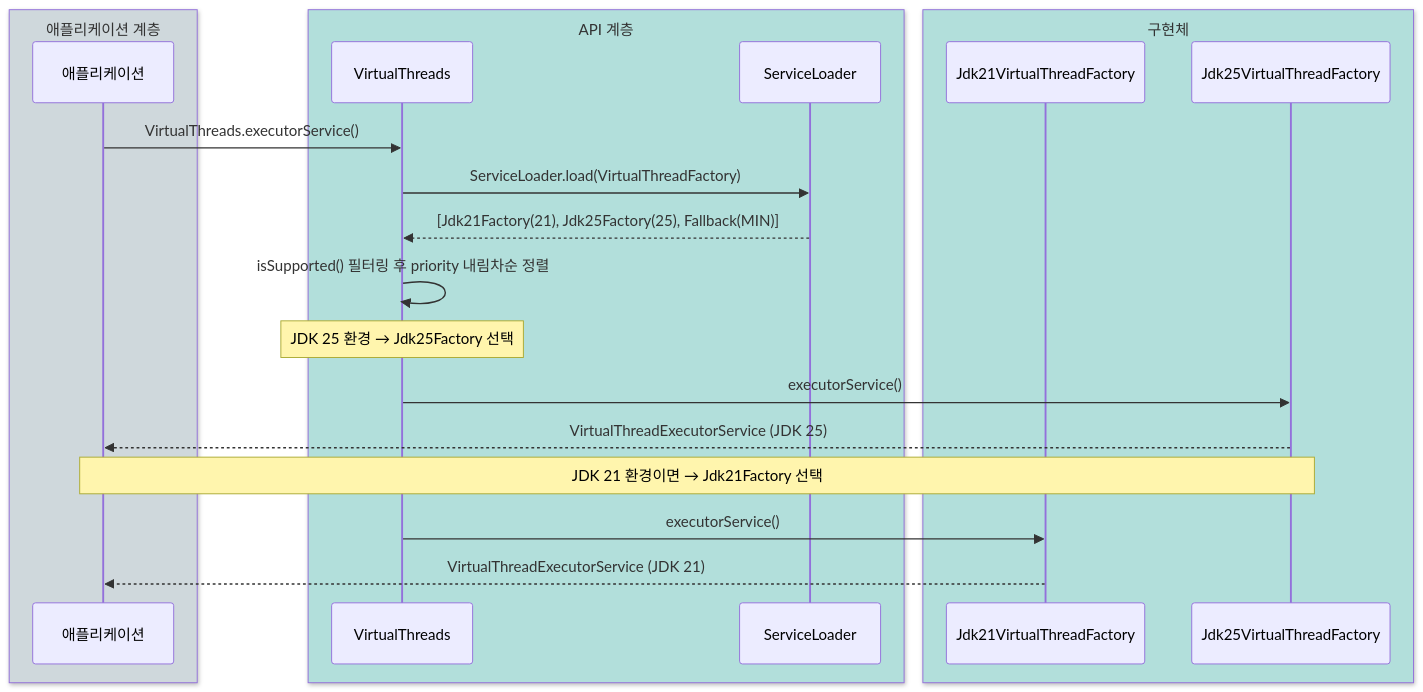
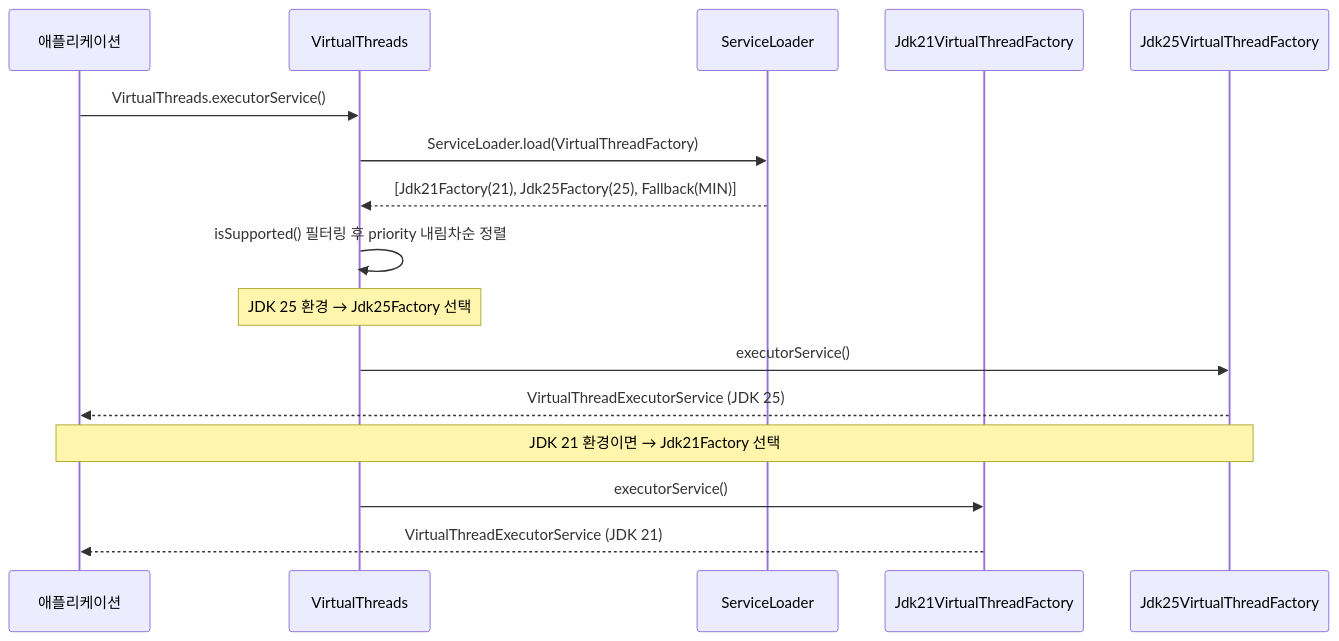
Before and after one commit to bluetape4k/bluetape4k-projects: the third of 3 diagrams in virtualthread/README.ko.md, drawn with Mermaid. The commit also changed other lines of this file and 219 other files, not shown here.

First line of the commit message:
docs: 전체 README Mermaid 다이어그램 가이드 적용

````diff
--- a/virtualthread/README.ko.md
+++ b/virtualthread/README.ko.md
@@ -109,24 +109,18 @@
 ```mermaid
 sequenceDiagram
-    box rgb(207,216,220) 애플리케이션 계층
         participant App as 애플리케이션
-    end
-    box rgb(178,223,219) API 계층
         participant VT as VirtualThreads
         participant SL as ServiceLoader
-    end
-    box rgb(178,223,219) 구현체
         participant F21 as Jdk21VirtualThreadFactory
         participant F25 as Jdk25VirtualThreadFactory
-    end
     App ->> VT: VirtualThreads.executorService()
     VT ->> SL: ServiceLoader.load(VirtualThreadFactory)
     SL -->> VT: [Jdk21Factory(21), Jdk25Factory(25), Fallback(MIN)]
     VT ->> VT: isSupported() 필터링 후 priority 내림차순 정렬
     Note over VT: JDK 25 환경 → Jdk25Factory 선택
     VT ->> F25: executorService()
     F25 -->> App: VirtualThreadExecutorService (JDK 25)
     Note over App, F25: JDK 21 환경이면 → Jdk21Factory 선택
     VT ->> F21: executorService()
     F21 -->> App: VirtualThreadExecutorService (JDK 21)
 ```
````
